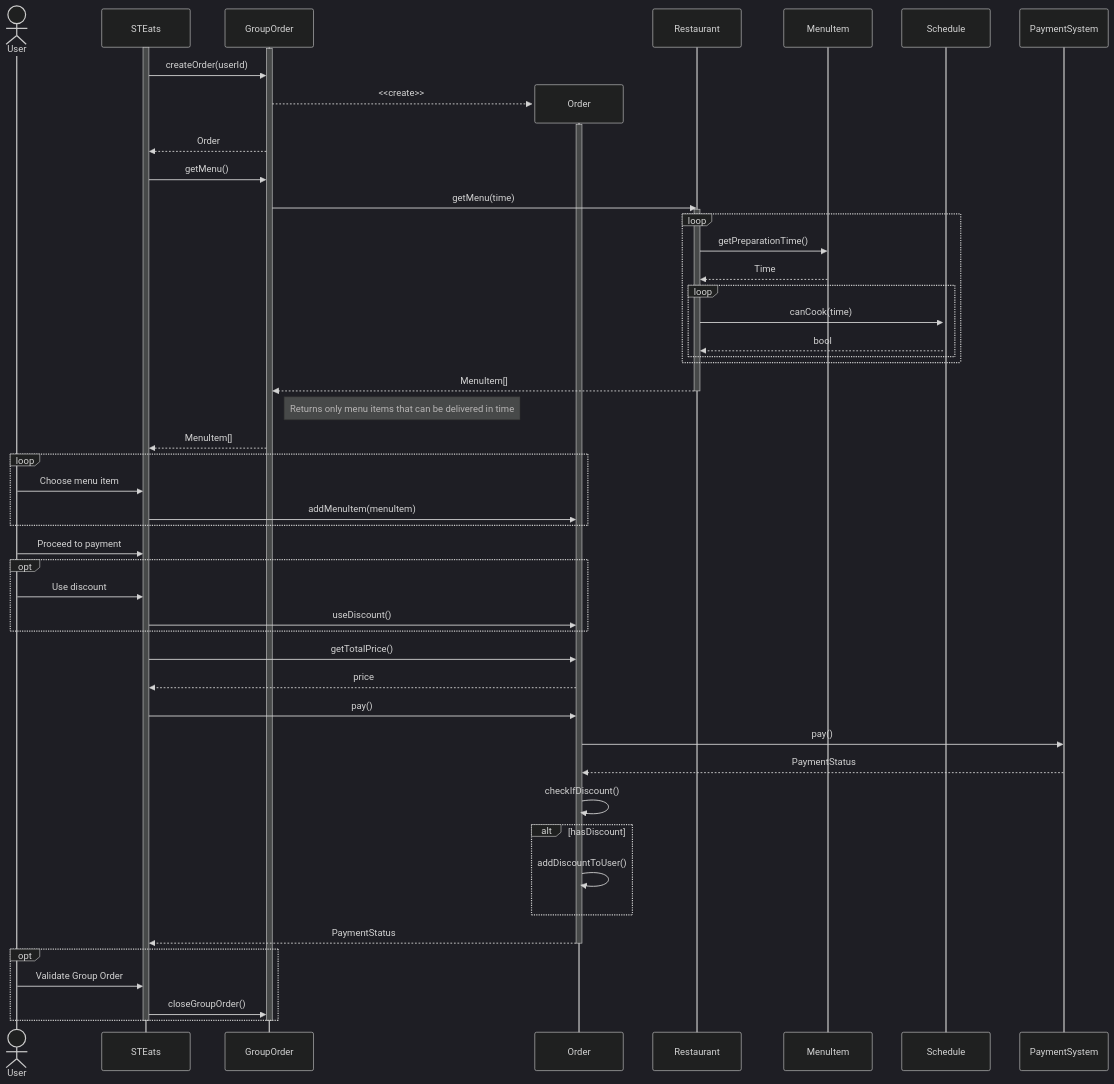
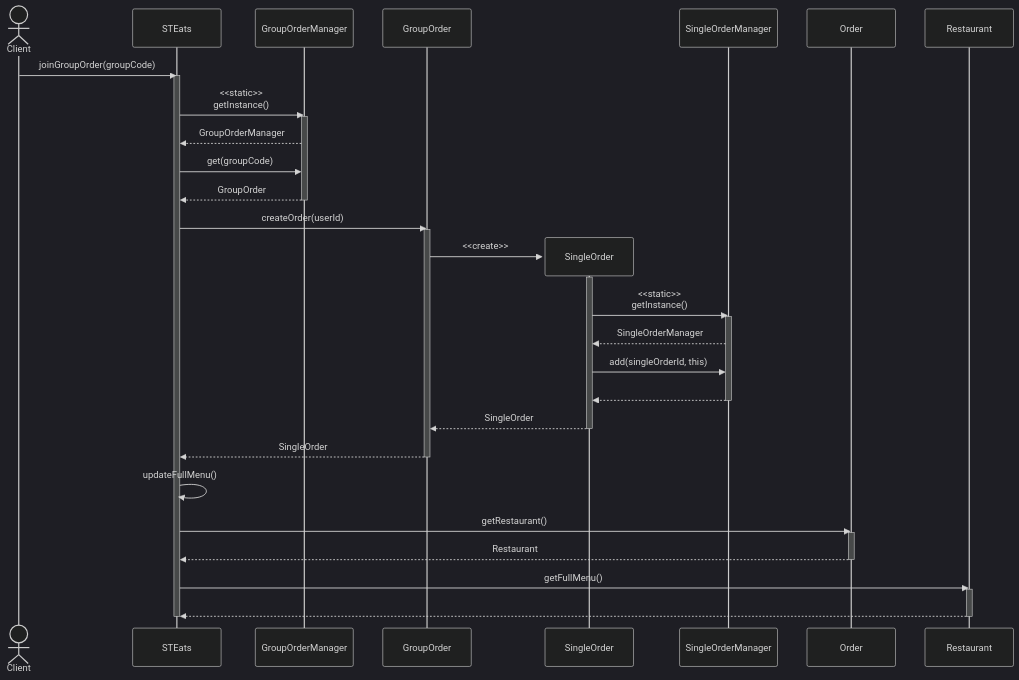
One commit to Other-Project/SI4-STEats changed the third of 4 diagrams in doc/uml.md. Above: the diagram before and after it, drawn with Mermaid (dark theme).

Commit message:
docs(#5): Sequence diagram join part

````diff
--- a/doc/uml.md
+++ b/doc/uml.md
@@ -372,53 +372,37 @@
 ```mermaid
 sequenceDiagram
-    actor User
+    actor Client
+    Client ->> STEats: joinGroupOrder(groupCode)
     activate STEats
+    STEats ->> GroupOrderManager: <<static>><br />getInstance()
+    activate GroupOrderManager
+    GroupOrderManager -->> STEats: GroupOrderManager
+    STEats ->> GroupOrderManager: get(groupCode)
+    GroupOrderManager -->> STEats: GroupOrder
+    deactivate GroupOrderManager
+    STEats ->> GroupOrder: createOrder(userId)
     activate GroupOrder
-    STEats->>GroupOrder : createOrder(userId)
-    create participant Order
-    GroupOrder-->>Order: <<create>>
+    create participant SingleOrder
+    GroupOrder ->> SingleOrder: <<create>>
+    activate SingleOrder
+    SingleOrder ->> SingleOrderManager: <<static>><br />getInstance()
+    activate SingleOrderManager
+    SingleOrderManager -->> SingleOrder: SingleOrderManager
+    SingleOrder ->> SingleOrderManager: add(singleOrderId, this)
+    SingleOrderManager -->> SingleOrder: #32;
+    deactivate SingleOrderManager
+    SingleOrder -->> GroupOrder: SingleOrder
+    deactivate SingleOrder
+    GroupOrder -->> STEats: SingleOrder
+    deactivate GroupOrder
+    STEats ->> STEats: updateFullMenu()
+    STEats ->> Order: getRestaurant()
     activate Order
-    GroupOrder-->>STEats: Order
-    STEats->>GroupOrder: getMenu()
-    GroupOrder->>Restaurant: getMenu(time)
+    Order -->> STEats: Restaurant
+    deactivate Order
+    STEats ->> Restaurant: getFullMenu()
     activate Restaurant
-    activate Schedule
-    loop
-        Restaurant->>MenuItem : getPreparationTime()
-        MenuItem -->> Restaurant : Time
-        loop
-            Restaurant->>Schedule : canCook(time)
-            Schedule-->>Restaurant: bool
-        end
-    end
-    Restaurant-->>GroupOrder: MenuItem[]
+    Restaurant -->> STEats: #32;
     deactivate Restaurant
-    note right of GroupOrder : Returns only menu items that can be delivered in time
-    GroupOrder-->>STEats: MenuItem[]
-    loop
-        User->>STEats:Choose menu item
-        STEats->>Order:addMenuItem(menuItem)
-    end
-    User->>STEats:Proceed to payment
-    opt
-        User->>STEats: Use discount
-        STEats->>Order: useDiscount()
-    end
-    STEats->>Order: getTotalPrice()
-    Order-->>STEats: price
-    STEats->>Order: pay()
-    Order->>PaymentSystem: pay()
-    PaymentSystem-->>Order: PaymentStatus
-    Order->>Order:checkIfDiscount()
-    alt hasDiscount
-        Order->>Order: addDiscountToUser()
-    end
-    Order-->>STEats: PaymentStatus
-    deactivate Order
-    opt
-        User->>STEats: Validate Group Order
-        STEats->>GroupOrder: closeGroupOrder()
-    end
-    deactivate GroupOrder
     deactivate STEats
 ```
````
